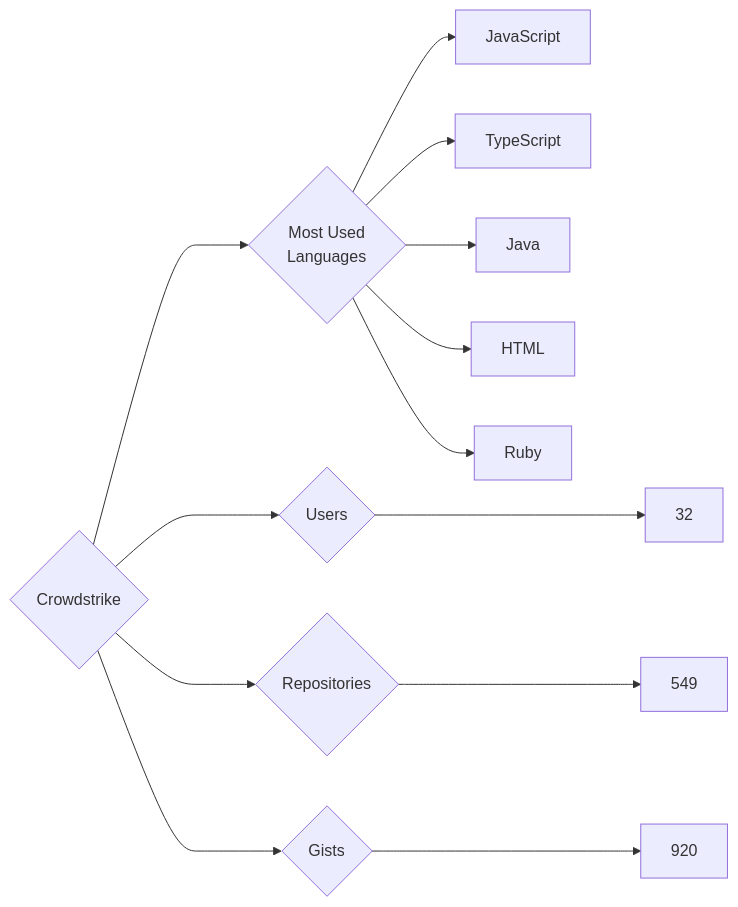
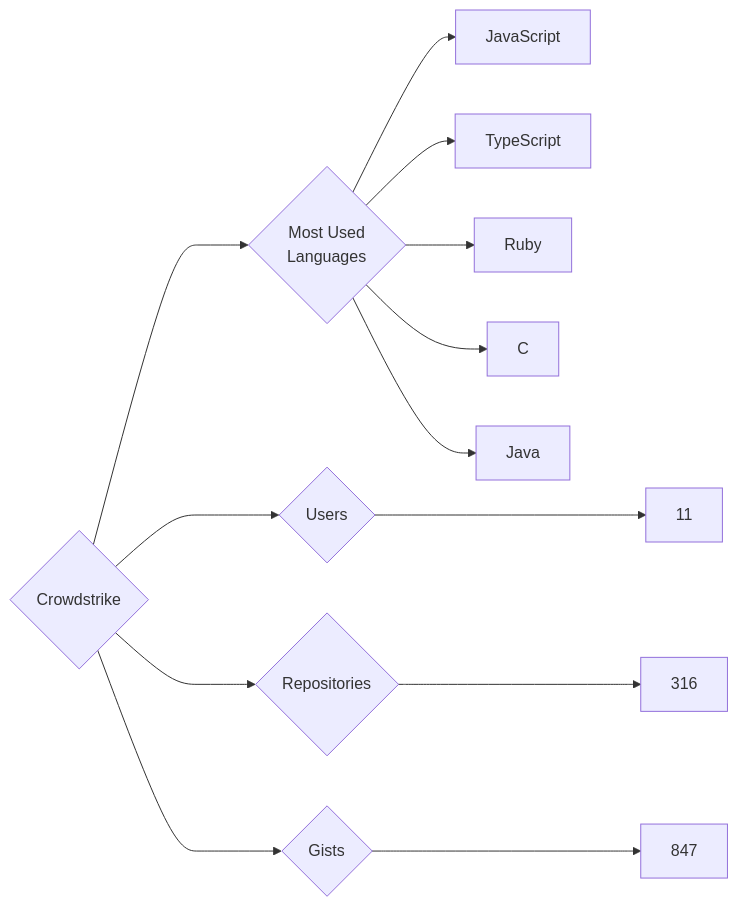
Before and after one commit to trickest/insiders: the diagram in targets/Crowdstrike/README.md, drawn with Mermaid. The commit also changed 927 other files, not shown here.

````diff
--- a/targets/Crowdstrike/README.md
+++ b/targets/Crowdstrike/README.md
@@ -3,13 +3,13 @@
 ```mermaid
 graph LR
 COMPANY_NAME{Crowdstrike}
-COMPANY_NAME ---> U{Users} ---> UN[32]
-COMPANY_NAME ---> R{Repositories} ---> RN[549]
-COMPANY_NAME ---> G{Gists} ---> GN[920]
+COMPANY_NAME ---> U{Users} ---> UN[11]
+COMPANY_NAME ---> R{Repositories} ---> RN[316]
+COMPANY_NAME ---> G{Gists} ---> GN[847]
 COMPANY_NAME ---> ML{Most Used<br>Languages}
 ML --> JavaScript[JavaScript]
 ML --> TypeScript[TypeScript]
+ML --> Ruby[Ruby]
+ML --> C[C]
 ML --> Java[Java]
-ML --> HTML[HTML]
-ML --> Ruby[Ruby]
 ```
````
